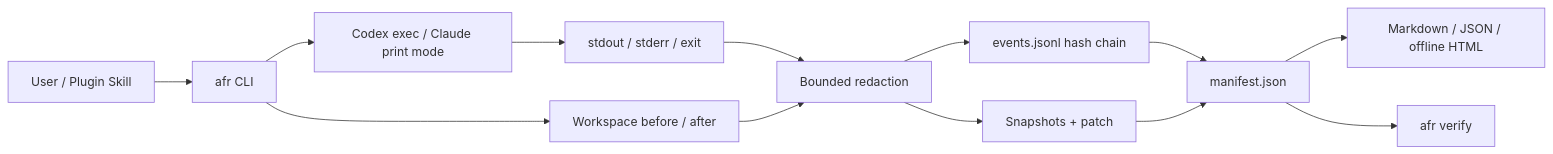
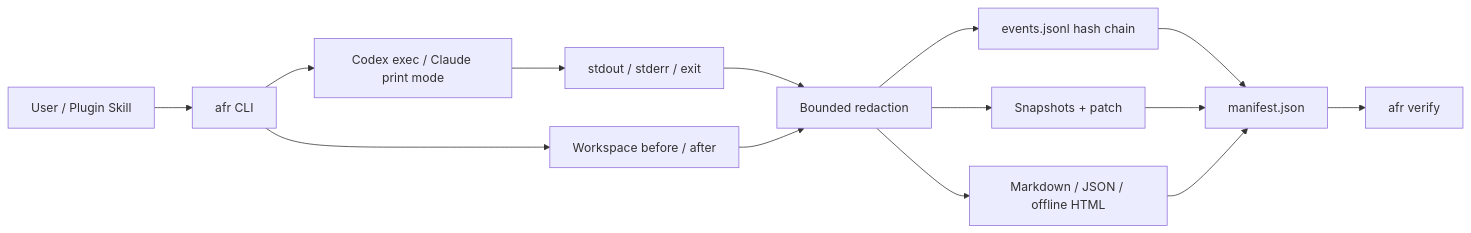
The diagram in README.md (liao96312/agent-flight-recorder), drawn with Mermaid before and after one commit. The commit also changed other lines of this file and 18 other files, not shown here.

````diff
--- a/README.md
+++ b/README.md
@@ -39,15 +40,16 @@
 ```mermaid
 flowchart LR
   User["User / Plugin Skill"] --> CLI["afr CLI"]
   CLI --> Agent["Codex exec / Claude print mode"]
   Agent --> Output["stdout / stderr / exit"]
   CLI --> Workspace["Workspace before / after"]
   Output --> Redact["Bounded redaction"]
   Workspace --> Redact
   Redact --> Events["events.jsonl hash chain"]
   Redact --> Artifacts["Snapshots + patch"]
+  Redact --> Reports["Markdown / JSON / offline HTML"]
   Events --> Manifest["manifest.json"]
   Artifacts --> Manifest
-  Manifest --> Reports["Markdown / JSON / offline HTML"]
+  Reports --> Manifest
   Manifest --> Verify["afr verify"]
 ```
````
